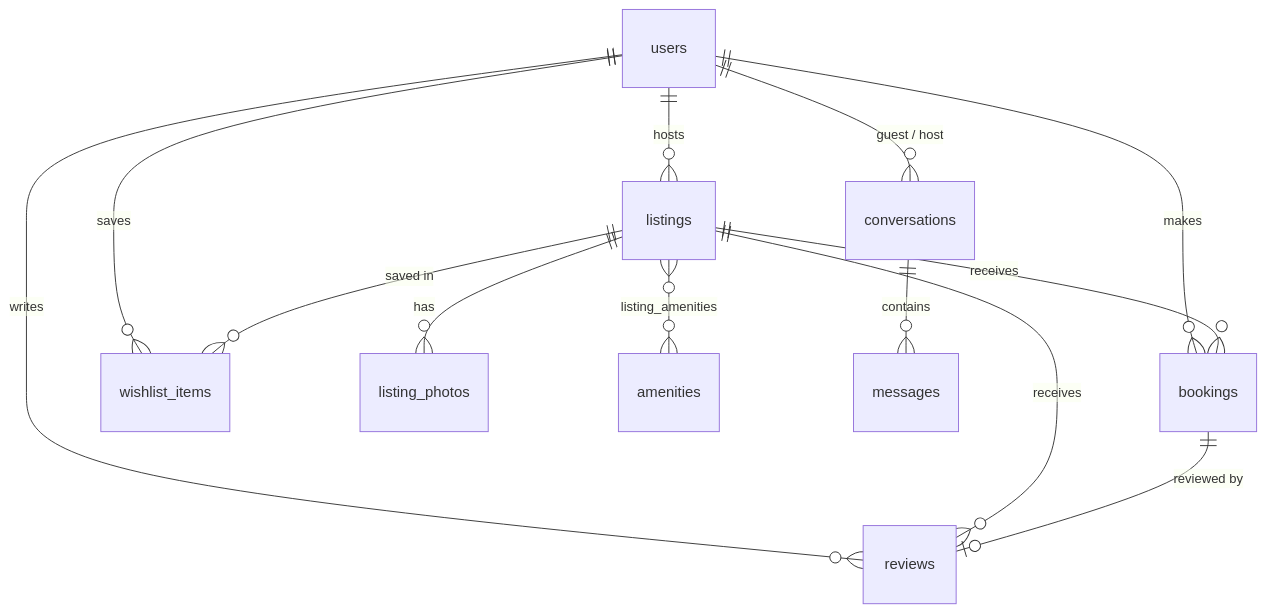
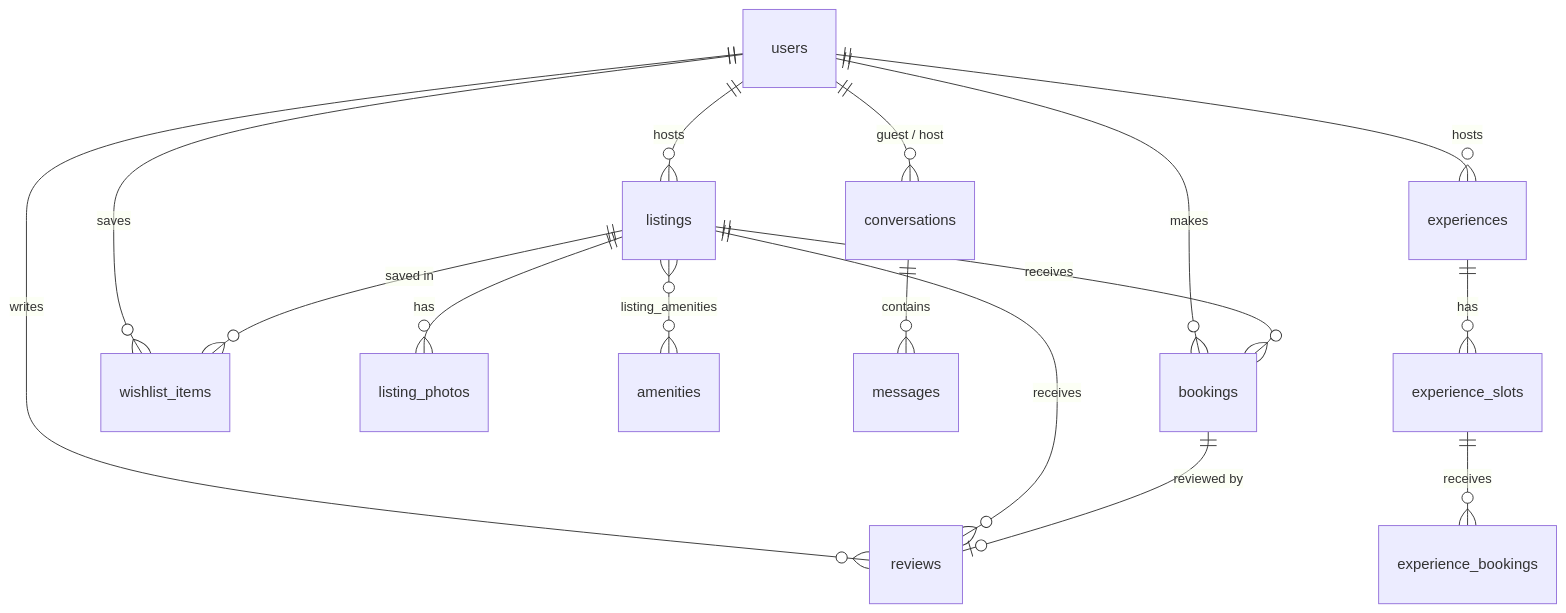
One commit to negi30/Airbnb-clone changed the diagram in README.md. Above: the diagram before and after it, drawn with Mermaid. The commit also changed other lines of this file, not shown here.

Commit message:
docs: Update README with comprehensive database workflow and schema details

````diff
--- a/README.md
+++ b/README.md
@@ -109,15 +124,18 @@
 ```mermaid
 erDiagram
     users ||--o{ listings : hosts
     users ||--o{ bookings : makes
     users ||--o{ reviews : writes
     users ||--o{ wishlist_items : saves
     listings ||--o{ listing_photos : has
     listings }o--o{ amenities : "listing_amenities"
     listings ||--o{ bookings : receives
     listings ||--o{ reviews : receives
     listings ||--o{ wishlist_items : "saved in"
     bookings ||--o| reviews : "reviewed by"
     users ||--o{ conversations : "guest / host"
     conversations ||--o{ messages : contains
+    users ||--o{ experiences : hosts
+    experiences ||--o{ experience_slots : has
+    experience_slots ||--o{ experience_bookings : receives
 ```
````
